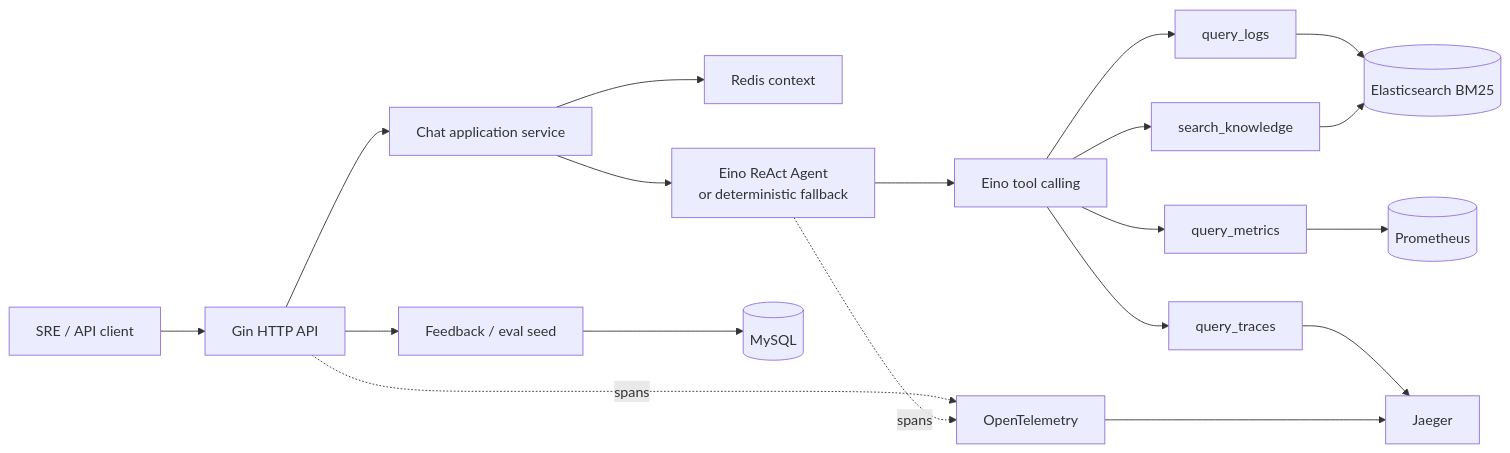
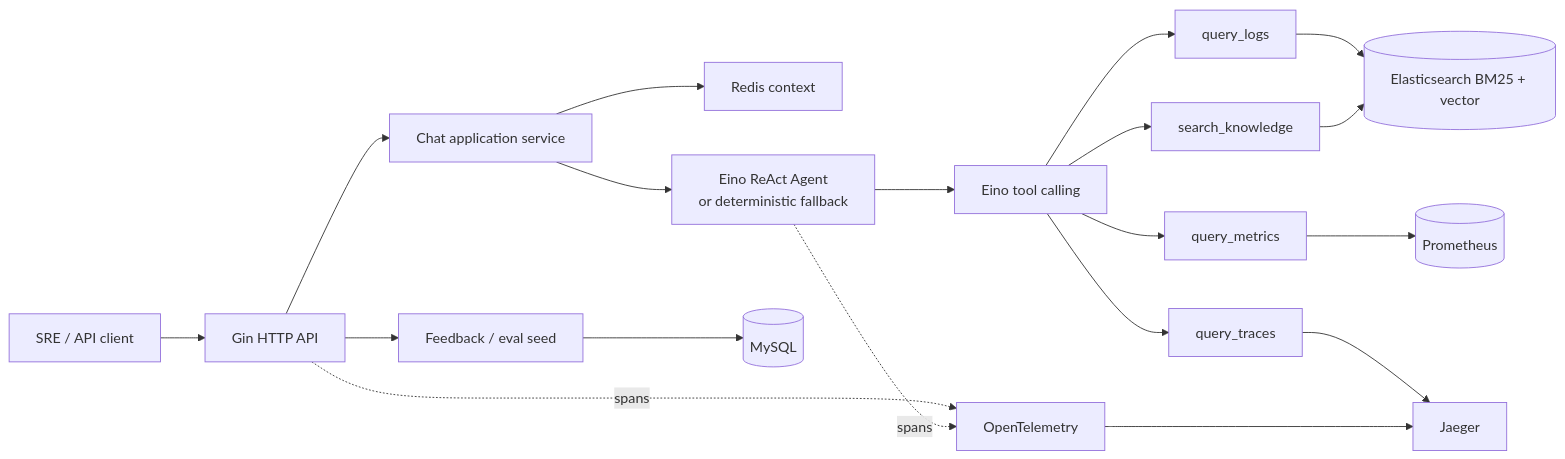
One commit to jiawei-wang-dev/WatchOps-Lite changed the diagram in README.md. Above: the diagram before and after it, drawn with Mermaid. The commit also changed other lines of this file and 26 other files, not shown here.

````diff
--- a/README.md
+++ b/README.md
@@ -9,21 +9,21 @@
 ```mermaid
 flowchart LR
     C["SRE / API client"] --> G["Gin HTTP API"]
     G --> A["Chat application service"]
     A --> M["Redis context"]
     A --> E["Eino ReAct Agent<br/>or deterministic fallback"]
     E --> T["Eino tool calling"]
     T --> L["query_logs"]
     T --> P["query_metrics"]
     T --> R["query_traces"]
     T --> K["search_knowledge"]
     L --> ES
     P --> PROM[("Prometheus")]
     R --> J
-    K --> ES[("Elasticsearch BM25")]
+    K --> ES[("Elasticsearch BM25 + vector")]
     G --> F["Feedback / eval seed"]
     F --> DB[("MySQL")]
     G -. spans .-> O["OpenTelemetry"]
     E -. spans .-> O
     O --> J["Jaeger"]
 ```
````
